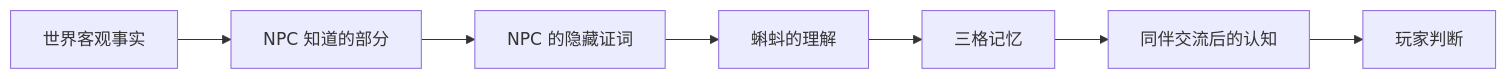
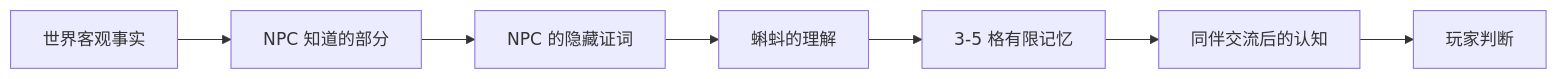
The second of 2 diagrams in GAME_DESIGN_DOCUMENT.md (TaitXu/WhoIsMom-aiwebgame), drawn with Mermaid before and after one commit. The commit also changed other lines of this file and 34 other files, not shown here.

````diff
--- a/GAME_DESIGN_DOCUMENT.md
+++ b/GAME_DESIGN_DOCUMENT.md
@@ -211,9 +216,9 @@
 ```mermaid
 flowchart LR
     A[世界客观事实] --> B[NPC 知道的部分]
     B --> C[NPC 的隐藏证词]
     C --> D[蝌蚪的理解]
-    D --> E[三格记忆]
+    D --> E[3-5 格有限记忆]
     E --> F[同伴交流后的认知]
     F --> G[玩家判断]
 ```
````
